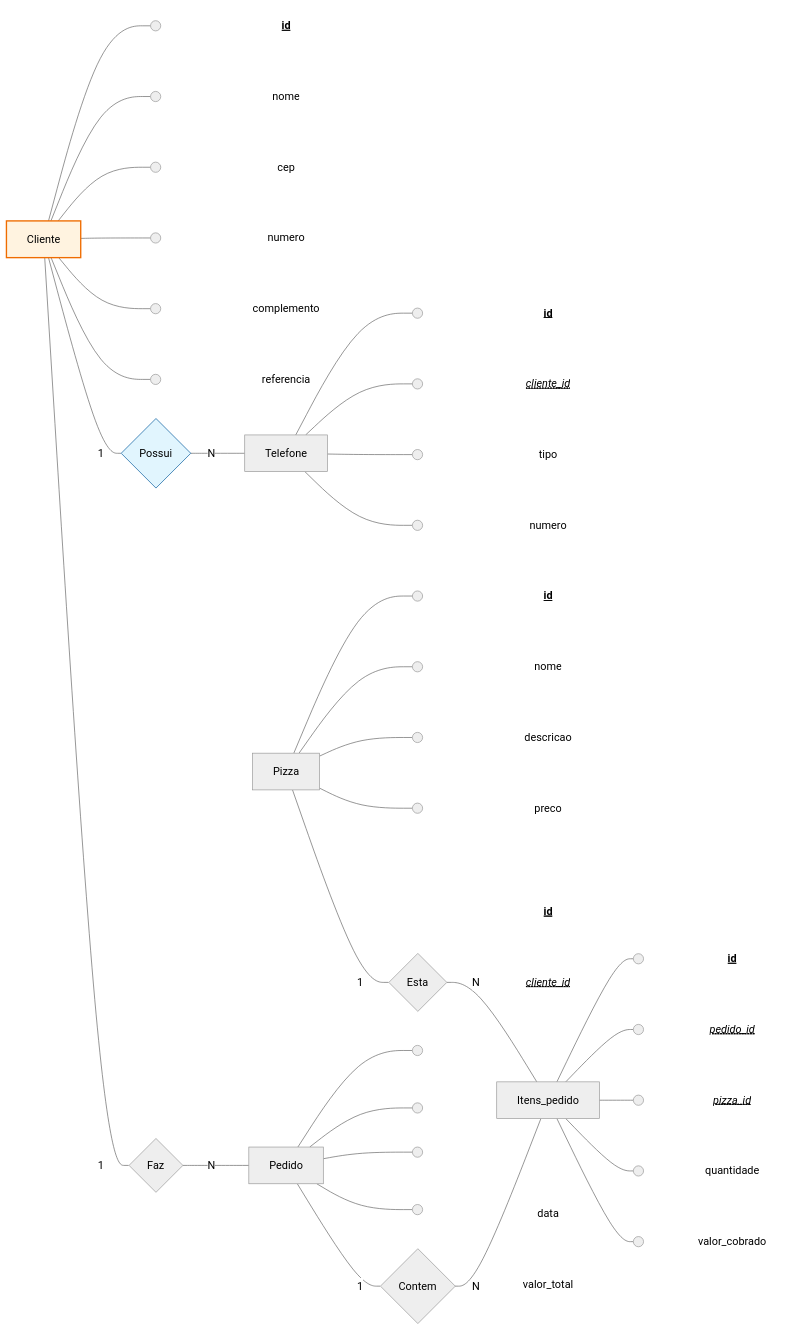
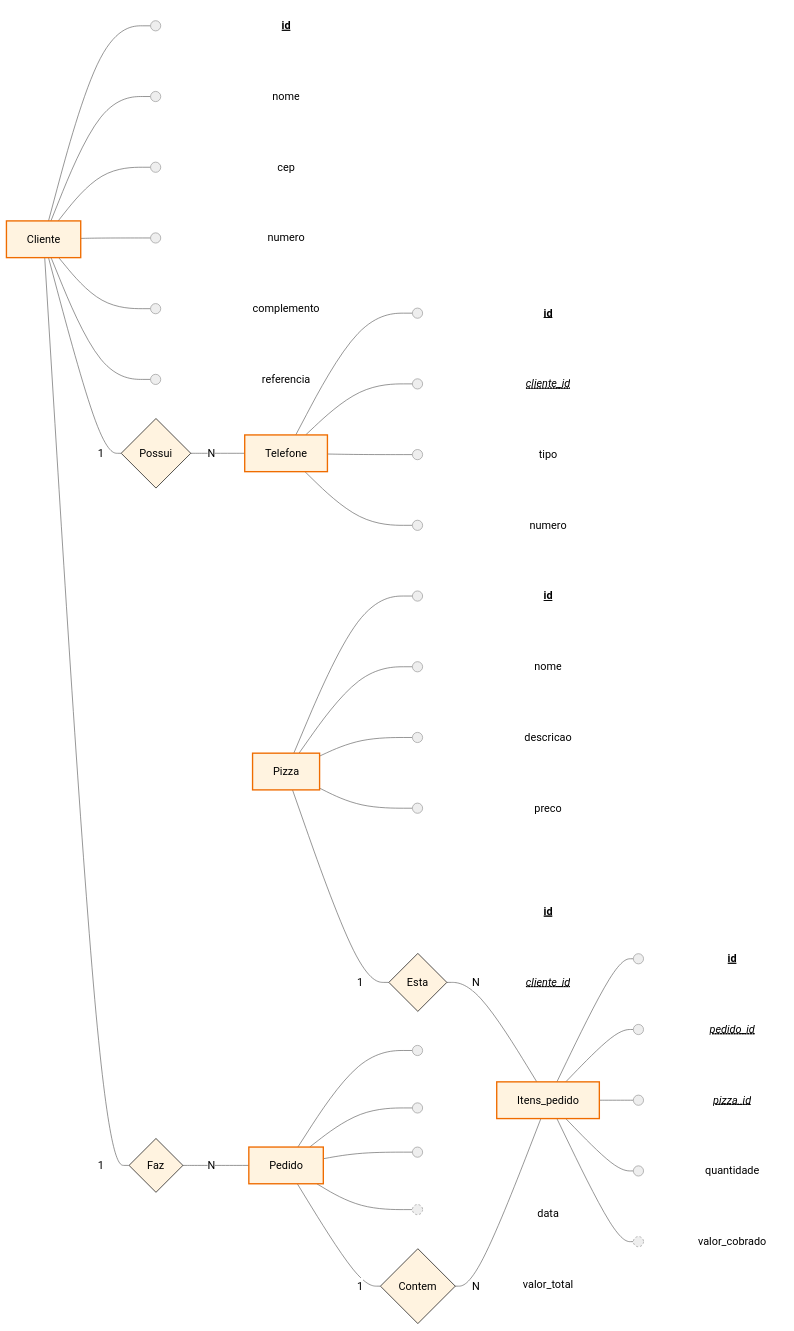
Before and after one commit to wellifabio/senai_pizzaria_mariadb_2026: the diagram in README.md, drawn with Mermaid (neutral theme).

````diff
--- a/README.md
+++ b/README.md
@@ -27,54 +27,56 @@
 ```mermaid
 flowchart LR
 
     %% Entidades e Atributos
     Cliente[Cliente]
     Cliente --- c1(( )) ~~~ t1[id]:::pk
     Cliente --- c2(( )) ~~~ t2[nome]
     Cliente --- c3(( )) ~~~ t3[cep]
     Cliente --- c4(( )) ~~~ t4[numero]
     Cliente --- c5(( )) ~~~ t5[complemento]
     Cliente --- c6(( )) ~~~ t6[referencia]
 
     Telefone[Telefone]
     Telefone --- c7(( )) ~~~ t7[id]:::pk
     Telefone --- c8(( )) ~~~ t8[cliente_id]
     Telefone --- c9(( )) ~~~ t9[tipo]
     Telefone --- c10(( )) ~~~ t10[numero]
 
     Pizza[Pizza]
     Pizza --- c11(( )) ~~~ t11[id]:::pk
     Pizza --- c12(( )) ~~~ t12[nome]
     Pizza --- c13(( )) ~~~ t13[descricao]
     Pizza --- c14(( )) ~~~ t14[preco]
 
     Pedido[Pedido]
     Pedido --- c15(( )) ~~~ t15[id]:::pk
     Pedido --- c16(( )) ~~~ t16[cliente_id]
     Pedido --- c17(( )) ~~~ t17[data]
     Pedido --- c18(( )) ~~~ t18[valor_total]
 
     Itens_pedido[Itens_pedido]
     Itens_pedido --- c19(( )) ~~~ t19[id]:::pk
     Itens_pedido --- c20(( )) ~~~ t20[pedido_id]
     Itens_pedido --- c21(( )) ~~~ t21[pizza_id]
     Itens_pedido --- c22(( )) ~~~ t22[quantidade]
     Itens_pedido --- c23(( )) ~~~ t23[valor_cobrado]
     
     %% Relacionamentos
     Cliente ---|1| Possui{Possui} ---|N| Telefone
     Cliente ---|1| Faz{Faz} ---|N| Pedido
     Pedido ---|1| Contem{Contem} ---|N| Itens_pedido
     Pizza ---|1| Esta{Esta} ---|N| Itens_pedido
 
     %% Estilização
     classDef pk font-weight:bold,text-decoration:underline;
     classDef fk font-style:italic,text-decoration:underline dotted;
     classDef entidades fill:#fff3e0,stroke:#ef6c00,stroke-width:2px;
-    classDef relacionamentos fill:#e1f5fe,stroke:#01579b,stroke-width:1px;
+    classDef derivados stroke-dasharray: 3 3;
+    classDef relacionamentos fill:#fff3e0,stroke:#000000,stroke-width:1px;
     classDef atributos fill:none,stroke:none;
     class t1,t2,t3,t4,t5,t6,t7,t8,t9,t10,t11,t12,t13,t14,t15,t16,t17,t18,t19,t20,t21,t22,t23 atributos
     class t8,t16,t20,t21 fk
-    class Cliente,Paciente,Dentista,Agendamento entidades
-    class Possui,Registra,Atende relacionamentos
+    class c23,c18 derivados;
+    class Cliente,Telefone,Pizza,Pedido,Itens_pedido entidades
+    class Possui,Faz,Contem,Esta relacionamentos
 ```
````
